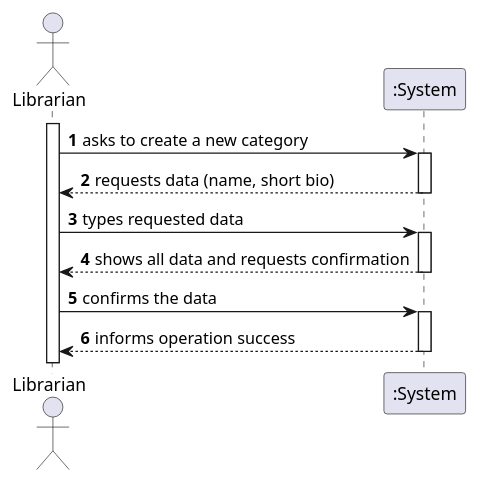
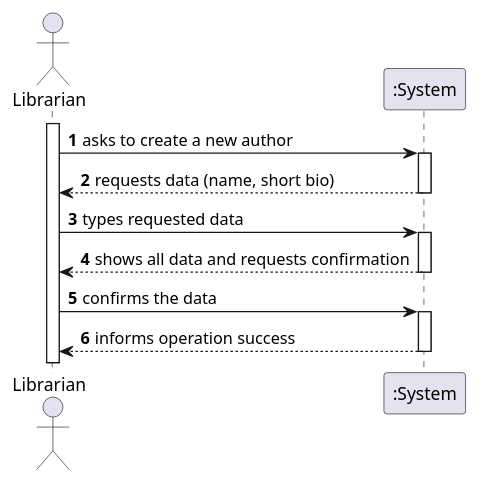
The diagram in Docs/Phase1/WP1A-Authors/Ph1-3-RegisterAuthor/SSD.puml (rutemf/1220944_1220772_G01), drawn with PlantUML before and after one commit. The commit also changed 14 other files, not shown here.

```diff
--- a/Docs/Phase1/WP1A-Authors/Ph1-3-RegisterAuthor/SSD.puml
+++ b/Docs/Phase1/WP1A-Authors/Ph1-3-RegisterAuthor/SSD.puml
@@ -1,20 +1,20 @@
 @startuml
 'https://plantuml.com/sequence-diagram
 
 autoactivate on
 autonumber
 
 actor "Librarian" as Librarian
 participant ":System" as System
 
 activate Librarian
 
-Librarian -> System: asks to create a new category
+Librarian -> System: asks to create a new author
 System --> Librarian: requests data (name, short bio)
 
 Librarian -> System: types requested data
 System --> Librarian: shows all data and requests confirmation
 
 Librarian -> System: confirms the data
 System --> Librarian: informs operation success
 @enduml
```
